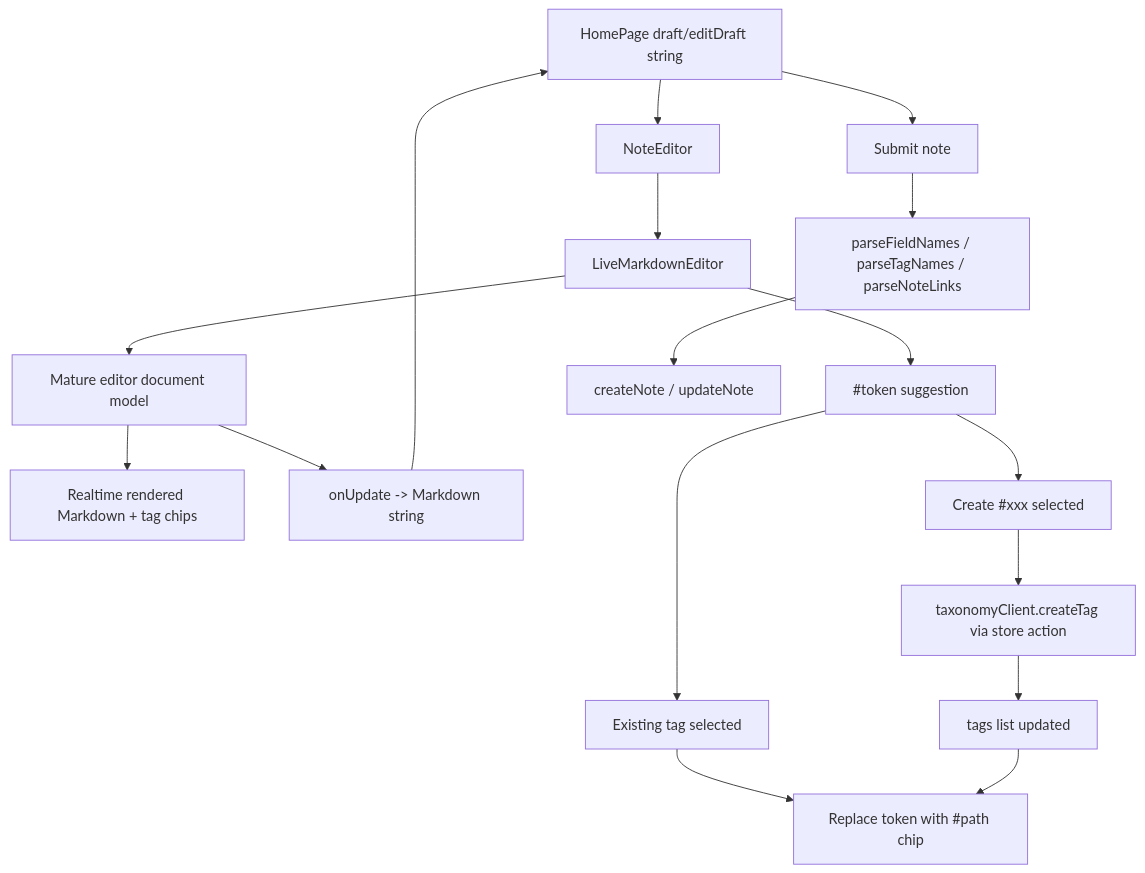
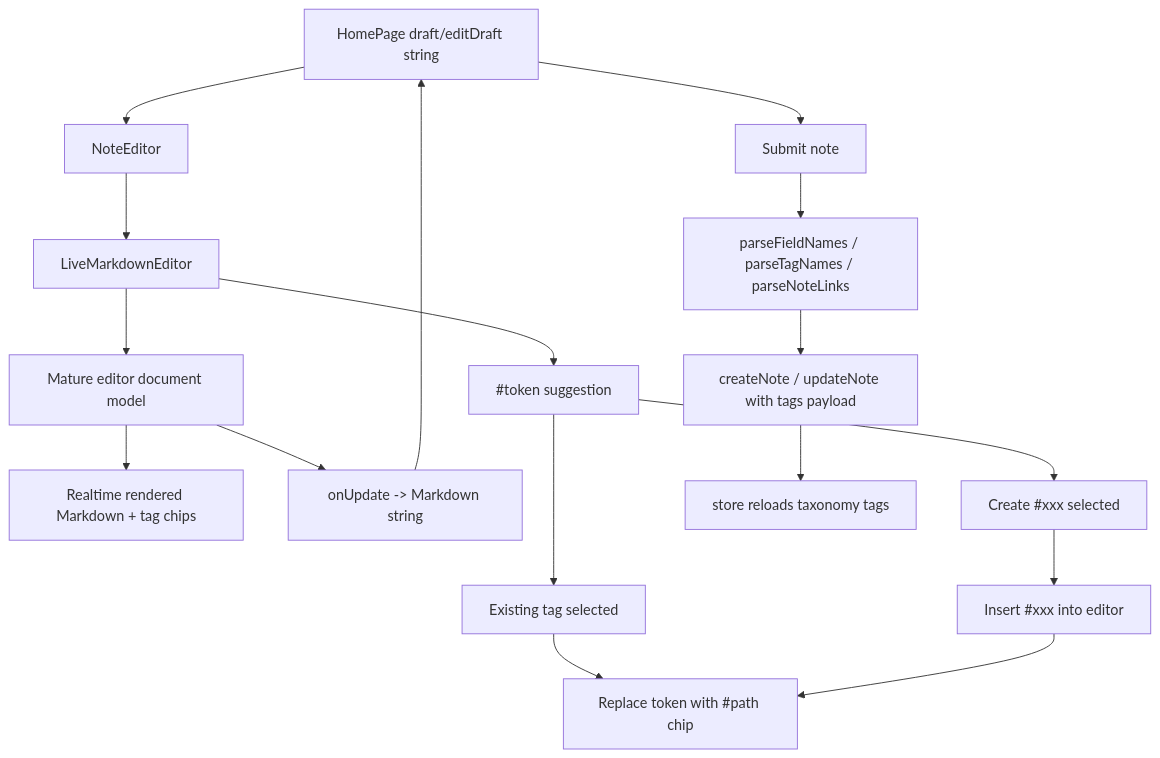
Before and after one commit to zembra-open-sources-project/zembra-web: the diagram in docs/design-docs/home-ui/r019-live-markdown-editor.md, drawn with Mermaid. The commit also changed other lines of this file and 2 other files, not shown here.

Commit message:
docs: switch tag creation to note submit flow

````diff
--- a/docs/design-docs/home-ui/r019-live-markdown-editor.md
+++ b/docs/design-docs/home-ui/r019-live-markdown-editor.md
@@ -76,19 +74,19 @@
 ```mermaid
 flowchart TD
   A["HomePage draft/editDraft string"] --> B["NoteEditor"]
   B --> C["LiveMarkdownEditor"]
   C --> D["Mature editor document model"]
   D --> E["Realtime rendered Markdown + tag chips"]
   D --> F["onUpdate -> Markdown string"]
   F --> A
   C --> G["#token suggestion"]
   G --> H["Existing tag selected"]
   G --> I["Create #xxx selected"]
-  I --> J["taxonomyClient.createTag via store action"]
-  J --> K["tags list updated"]
+  I --> K["Insert #xxx into editor"]
   H --> L["Replace token with #path chip"]
   K --> L
   A --> M["Submit note"]
   M --> N["parseFieldNames / parseTagNames / parseNoteLinks"]
-  N --> O["createNote / updateNote"]
+  N --> O["createNote / updateNote with tags payload"]
+  O --> P["store reloads taxonomy tags"]
 ```
````
